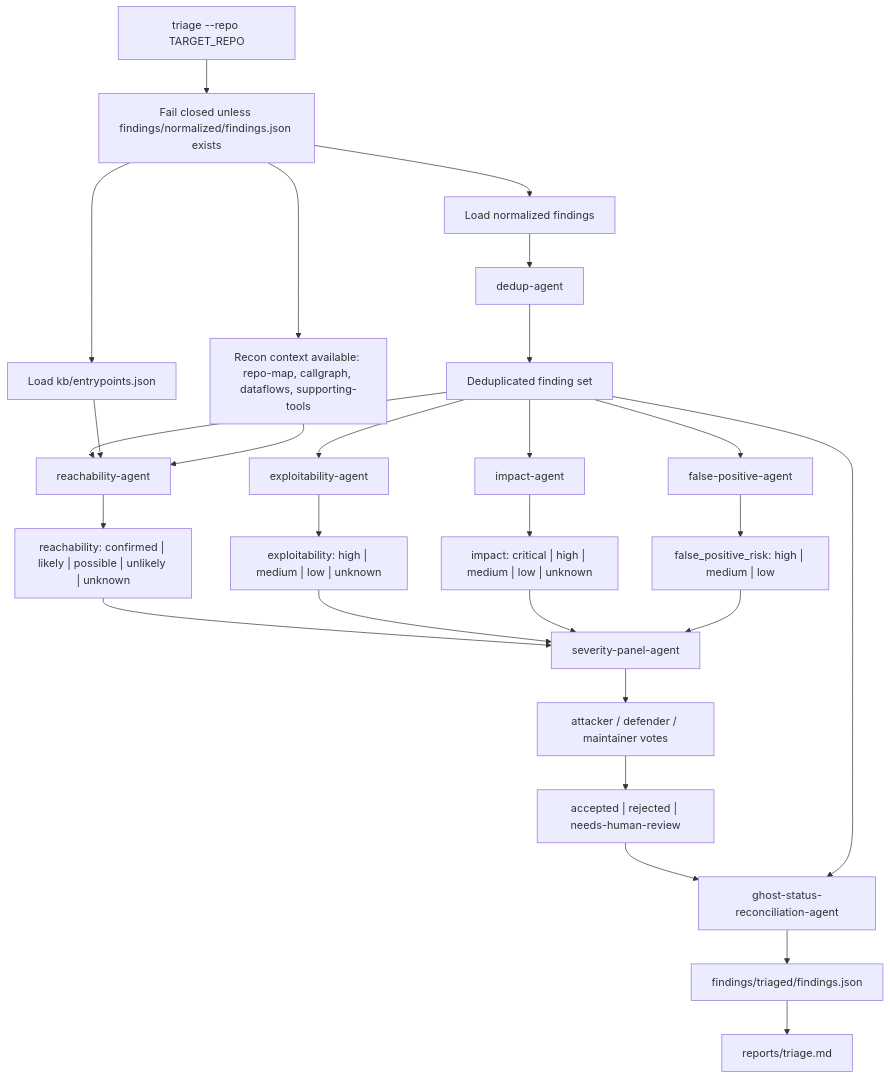
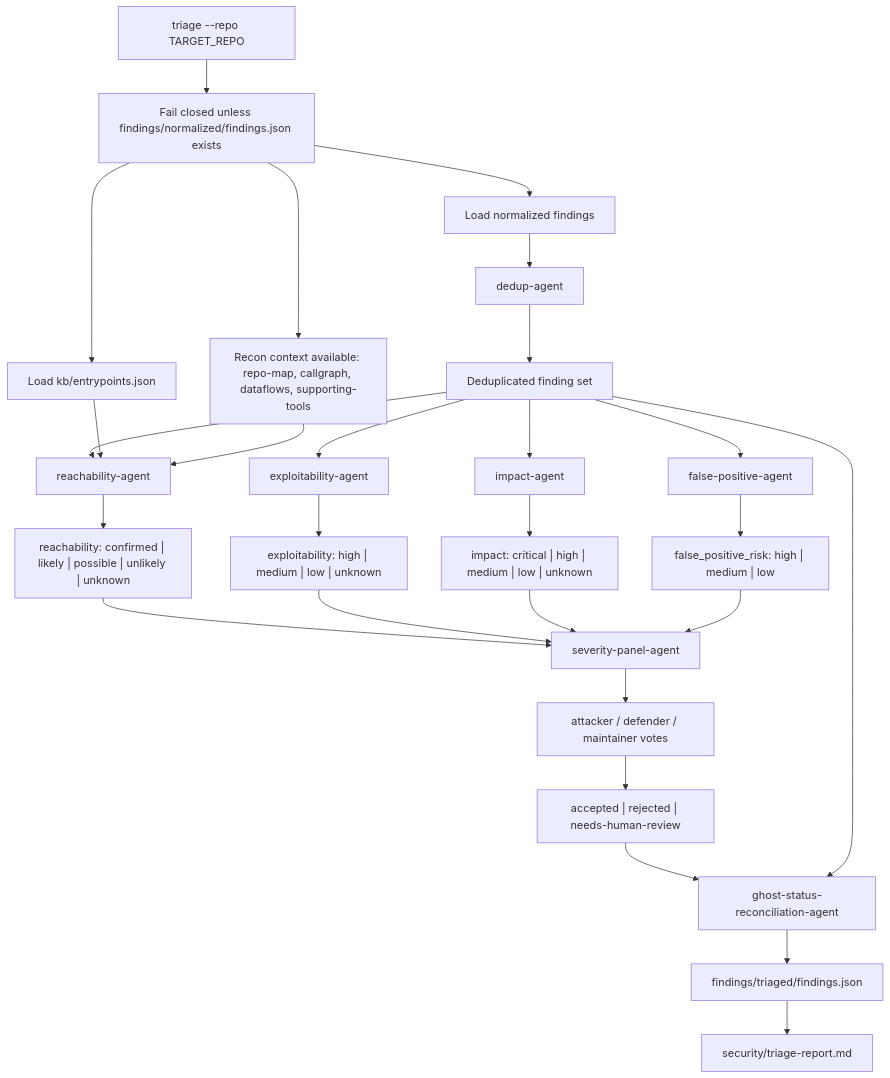
Before and after one commit to xfhg/security-agent: the sixth of 8 diagrams in docs/security-agent-flow.md, drawn with Mermaid. The commit also changed other lines of this file and 7 other files, not shown here.

````diff
--- a/docs/security-agent-flow.md
+++ b/docs/security-agent-flow.md
@@ -326,37 +326,37 @@
 ```mermaid
 flowchart TD
   TriageStart["triage --repo TARGET_REPO"] --> Guard["Fail closed unless findings/normalized/findings.json exists"]
   Guard --> LoadFindings["Load normalized findings"]
   Guard --> LoadEntrypoints["Load kb/entrypoints.json"]
   Guard --> LoadRecon["Recon context available: repo-map, callgraph, dataflows, supporting-tools"]
 
   LoadFindings --> Dedup["dedup-agent"]
   Dedup --> Deduped["Deduplicated finding set"]
 
   Deduped --> Reachability["reachability-agent"]
   LoadEntrypoints --> Reachability
   LoadRecon --> Reachability
   Reachability --> ReachabilityScore["reachability: confirmed | likely | possible | unlikely | unknown"]
 
   Deduped --> Exploitability["exploitability-agent"]
   Exploitability --> ExploitabilityScore["exploitability: high | medium | low | unknown"]
 
   Deduped --> Impact["impact-agent"]
   Impact --> ImpactScore["impact: critical | high | medium | low | unknown"]
 
   Deduped --> FP["false-positive-agent"]
   FP --> FPRisk["false_positive_risk: high | medium | low"]
 
   ReachabilityScore --> Panel["severity-panel-agent"]
   ExploitabilityScore --> Panel
   ImpactScore --> Panel
   FPRisk --> Panel
   Panel --> Votes["attacker / defender / maintainer votes"]
 
   Votes --> Status["accepted | rejected | needs-human-review"]
   Status --> GhostRecon["ghost-status-reconciliation-agent"]
   Deduped --> GhostRecon
 
   GhostRecon --> Triaged["findings/triaged/findings.json"]
-  Triaged --> TriageReport["reports/triage.md"]
+  Triaged --> TriageReport["security/triage-report.md"]
 ```
````
